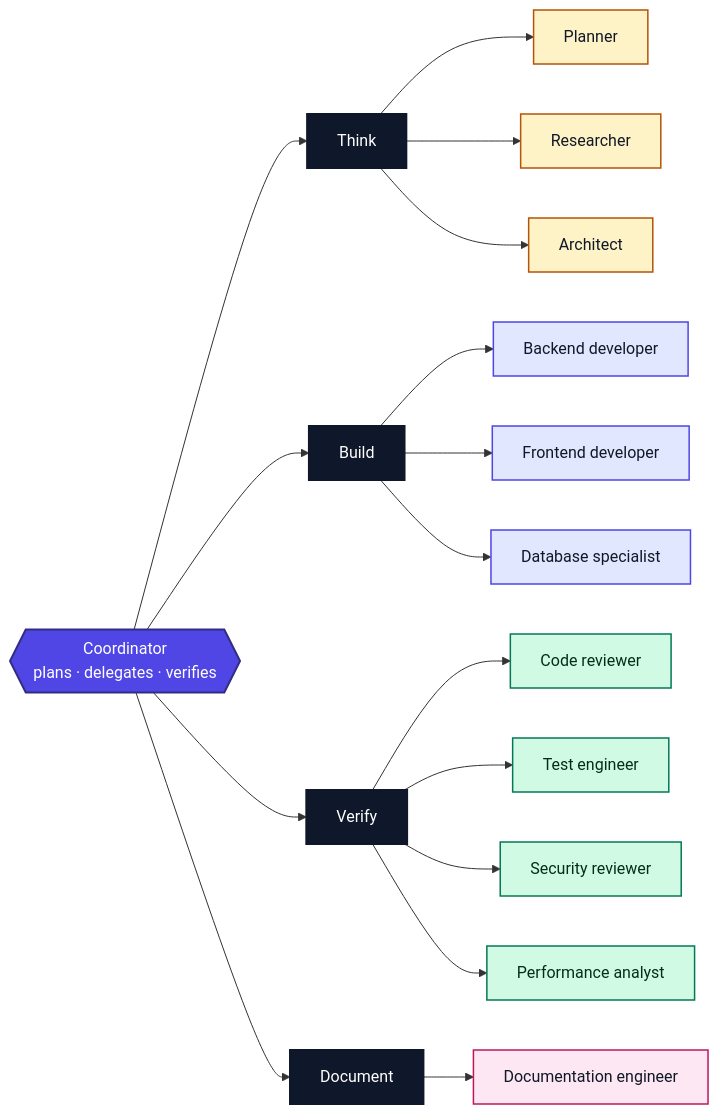
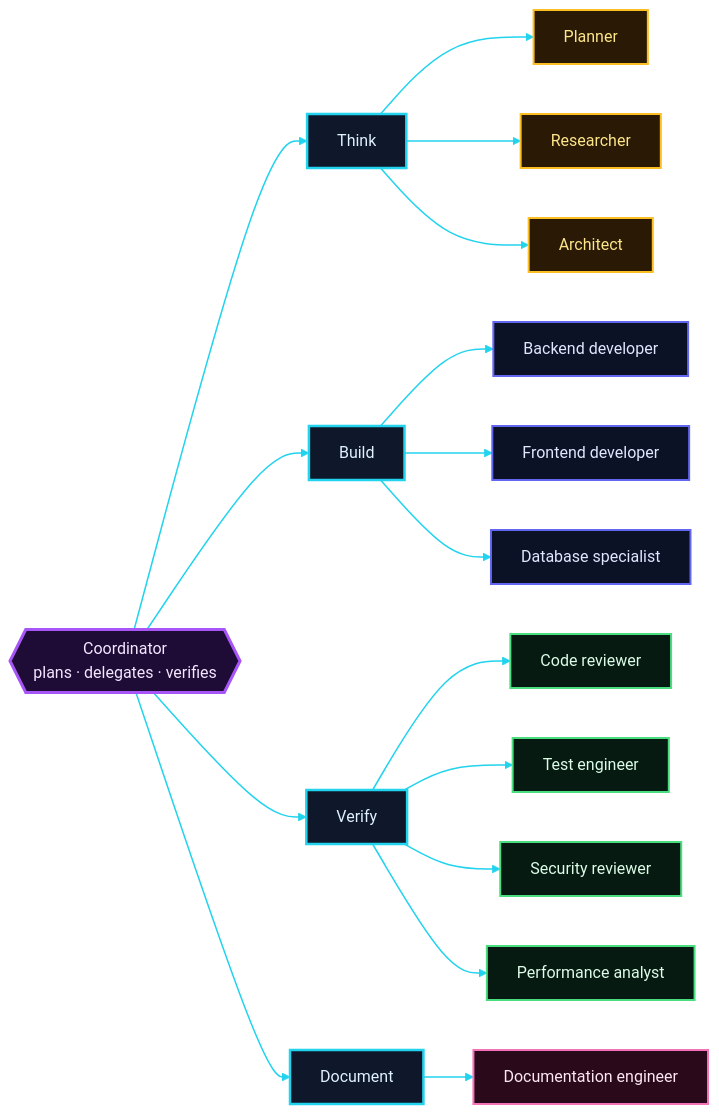
The fourth of 6 diagrams in README.md (GabrielAlmeidaFlores/OPENCODE-TOOL-ENHANCER), drawn with Mermaid before and after one commit. The commit also changed other lines of this file and 1 other file, not shown here.

Commit message:
docs: apply shared neon palette to all Mermaid diagrams

````diff
--- a/README.md
+++ b/README.md
@@ -316,36 +332,38 @@
 ```mermaid
+%%{init: {"theme":"base","themeVariables":{"fontFamily":"Inter, system-ui, sans-serif","lineColor":"#22D3EE","edgeLabelBackground":"#E2E8F0"}}}%%
 flowchart LR
     C{{Coordinator<br/>plans · delegates · verifies}}
     C --> THINK[Think]
     C --> BUILD[Build]
     C --> VERIFY[Verify]
     C --> DOC[Document]
 
     THINK --> PL[Planner]
     THINK --> RE[Researcher]
     THINK --> AR[Architect]
 
     BUILD --> BE[Backend developer]
     BUILD --> FE[Frontend developer]
     BUILD --> DB[Database specialist]
 
     VERIFY --> CR[Code reviewer]
     VERIFY --> TE[Test engineer]
     VERIFY --> SR[Security reviewer]
     VERIFY --> PA[Performance analyst]
 
     DOC --> DE[Documentation engineer]
 
-    classDef coord fill:#4F46E5,stroke:#312E81,stroke-width:2px,color:#FFFFFF
-    classDef cat fill:#0F172A,stroke:#0F172A,stroke-width:2px,color:#FFFFFF
-    classDef think fill:#FEF3C7,stroke:#B45309,stroke-width:1.5px,color:#111827
-    classDef build fill:#E0E7FF,stroke:#4F46E5,stroke-width:1.5px,color:#111827
-    classDef verify fill:#D1FAE5,stroke:#047857,stroke-width:1.5px,color:#052E16
-    classDef doc fill:#FCE7F3,stroke:#BE185D,stroke-width:1.5px,color:#111827
+    classDef coord fill:#1E0B36,stroke:#A855F7,stroke-width:3px,color:#F3E8FF
+    classDef cat fill:#0F172A,stroke:#22D3EE,stroke-width:2.5px,color:#E0F2FE
+    classDef think fill:#2A1A05,stroke:#FBBF24,stroke-width:2px,color:#FDE68A
+    classDef build fill:#0B1226,stroke:#6366F1,stroke-width:2px,color:#E0E7FF
+    classDef verify fill:#071A12,stroke:#4ADE80,stroke-width:2px,color:#DCFCE7
+    classDef doc fill:#2A0A1A,stroke:#F472B6,stroke-width:2px,color:#FCE7F3
     class C coord
     class THINK,BUILD,VERIFY,DOC cat
     class PL,RE,AR think
     class BE,FE,DB build
     class CR,TE,SR,PA verify
     class DE doc
+    linkStyle default stroke:#22D3EE,stroke-width:1.5px
 ```
````
